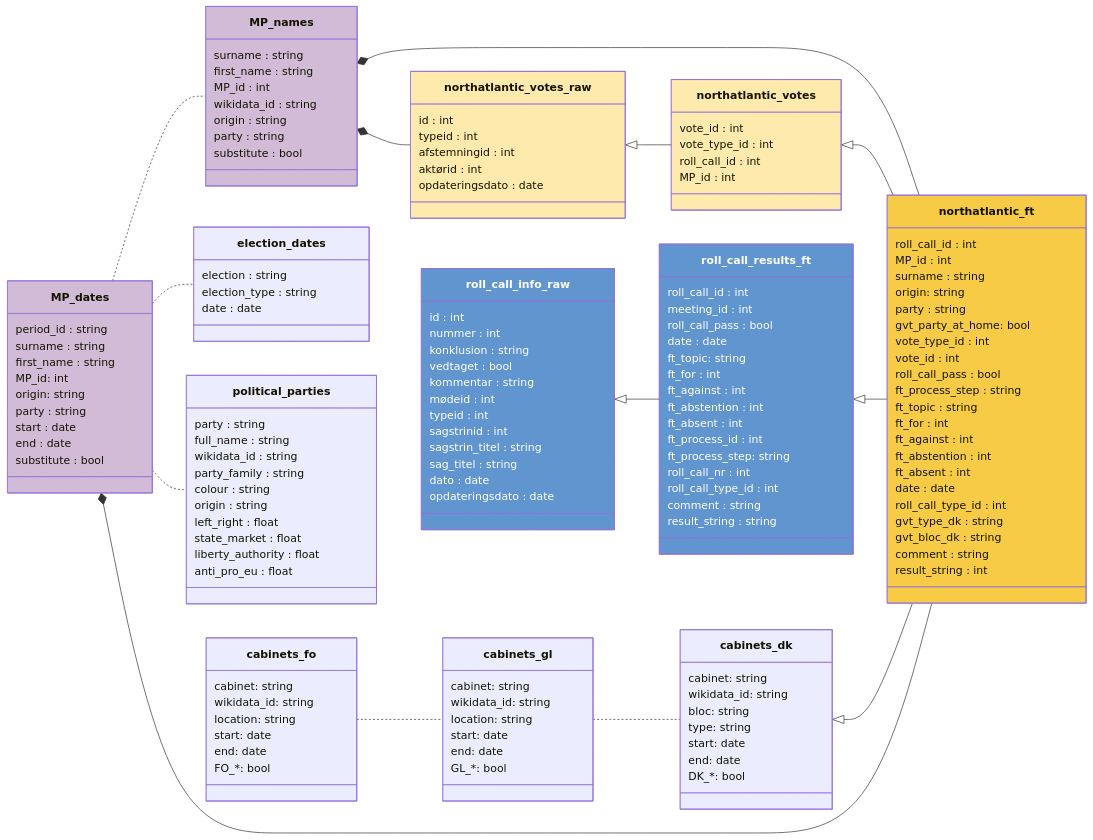
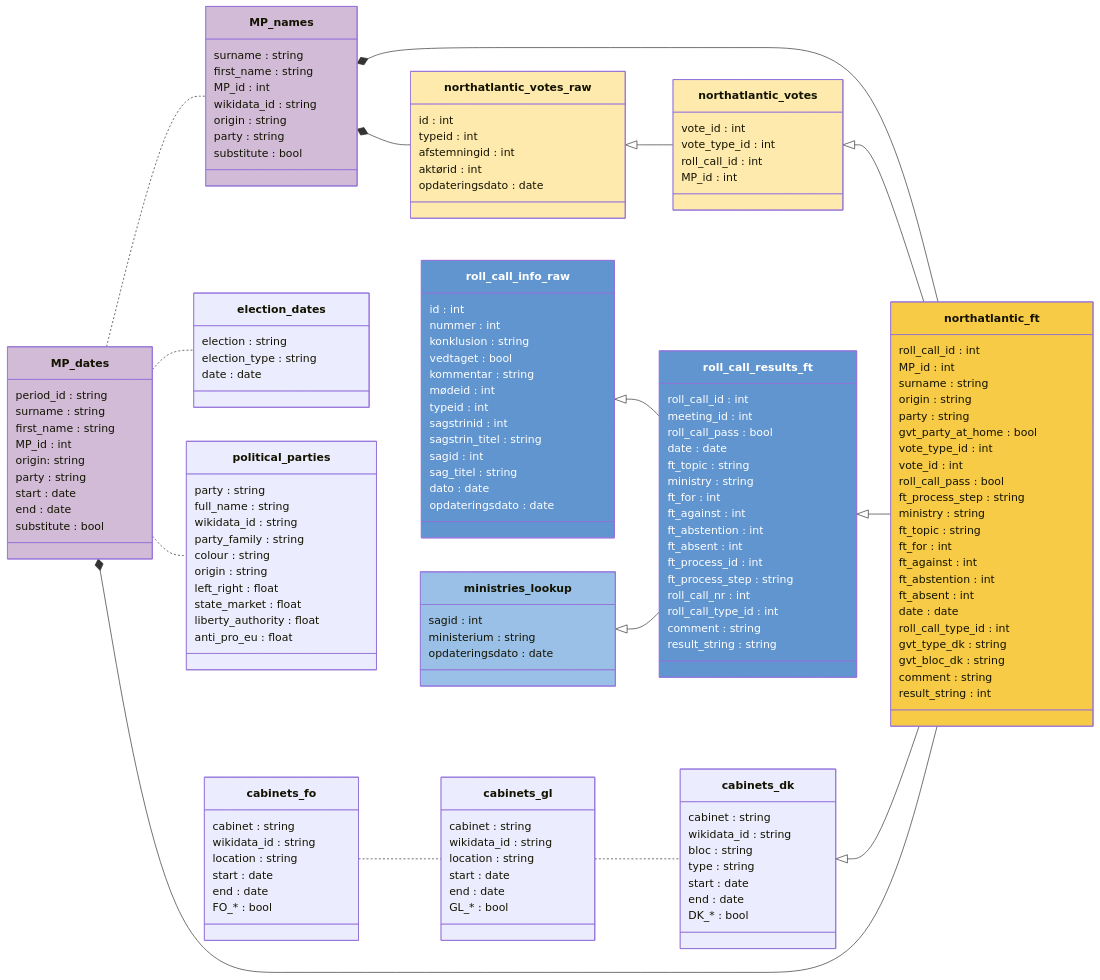
The diagram in docs/codebook.qmd (mtwente/nordatlantisk-ft), drawn with Mermaid before and after one commit. The commit also changed other lines of this file and 18 other files, not shown here.

```diff
--- a/docs/codebook.qmd
+++ b/docs/codebook.qmd
@@ -118,6 +138,9 @@
 
     roll_call_info_raw <|-- roll_call_results_ft
 
+    roll_call_info_raw ~~ ministries_lookup
+    ministries_lookup <|-- roll_call_results_ft
+
     cabinets_fo .. cabinets_gl
     cabinets_gl .. cabinets_dk
     cabinets_dk <|-- northatlantic_ft
@@ -128,13 +151,14 @@
         roll_call_id : int
         MP_id : int
         surname : string
-        origin: string
+        origin : string
         party : string
-        gvt_party_at_home: bool
+        gvt_party_at_home : bool
         vote_type_id : int
         vote_id : int
         roll_call_pass : bool
         ft_process_step : string
+        ministry : string
         ft_topic : string
         ft_for : int
         ft_against : int
@@ -159,7 +183,7 @@
         period_id : string
         surname : string
         first_name : string
-        MP_id: int
+        MP_id : int
         origin: string
         party : string
         start : date
@@ -188,13 +212,14 @@
         meeting_id : int
         roll_call_pass : bool
         date : date
-        ft_topic: string
+        ft_topic : string
+        ministry : string
         ft_for : int
         ft_against : int
         ft_abstention : int
         ft_absent : int
         ft_process_id : int
-        ft_process_step: string
+        ft_process_step : string
         roll_call_nr : int
         roll_call_type_id : int
         comment : string
@@ -211,9 +236,16 @@
         typeid : int
         sagstrinid : int
         sagstrin_titel : string
+        sagid : int
         sag_titel : string
         dato : date
         opdateringsdato : date
+    }
+
+    class ministries_lookup {
+      sagid : int
+      ministerium : string
+      opdateringsdato : date
     }
 
     class northatlantic_votes_raw {
@@ -238,35 +270,36 @@
     }
 
     class cabinets_fo {
-      cabinet: string
-      wikidata_id: string
-      location: string
-      start: date
-      end: date
-      FO_&ast;: bool
+      cabinet : string
+      wikidata_id : string
+      location : string
+      start : date
+      end : date
+      FO_&ast; : bool
     }
 
     class cabinets_gl {
-      cabinet: string
-      wikidata_id: string
-      location: string
-      start: date
-      end: date
-      GL_&ast;: bool
+      cabinet : string
+      wikidata_id : string
+      location : string
+      start : date
+      end : date
+      GL_&ast; : bool
     }
 
     class cabinets_dk {
-      cabinet: string
-      wikidata_id: string
-      bloc: string
-      type: string
-      start: date
-      end: date
-      DK_&ast;: bool
+      cabinet : string
+      wikidata_id : string
+      bloc : string
+      type : string
+      start : date
+      end : date
+      DK_&ast; : bool
     }
 
 style roll_call_info_raw fill:#6195CF,color:#FFFFFF
 style roll_call_results_ft fill:#6195CF,color:#FFFFFF
+style ministries_lookup fill:#9bc0e8
 
 style northatlantic_ft fill:#F7CB45
 
@@ -282,6 +315,7 @@
 click MP_names href "#MP_names" "tooltip"
 click northatlantic_votes_raw href "#northatlantic_votes_raw" "tooltip"
 click northatlantic_votes href "#northatlantic_votes" "tooltip"
+click ministries_lookup href "#ministries_lookup" "tooltip"
 click roll_call_info_raw href "#roll_call_info_raw" "tooltip"
 click roll_call_results_ft href "#roll_call_results_ft" "tooltip"
 click cabinets_fo href "#cabinets_fo" "tooltip"
```
